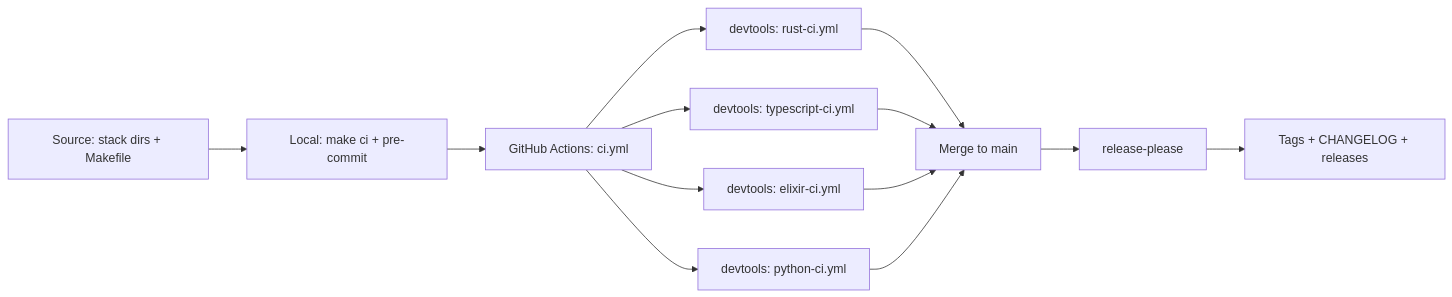
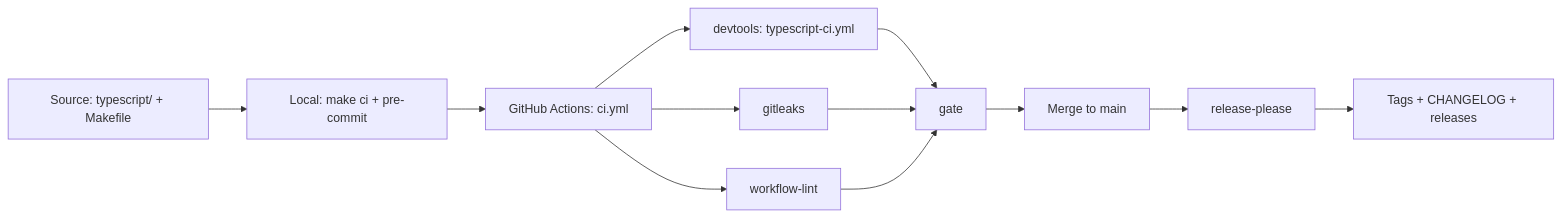
One commit to ostara-labs/bb-league changed the diagram in docs/architecture/ARCHITECTURE.md. Above: the diagram before and after it, drawn with Mermaid. The commit also changed other lines of this file and 3 other files, not shown here.

````diff
--- a/docs/architecture/ARCHITECTURE.md
+++ b/docs/architecture/ARCHITECTURE.md
@@ -29,15 +30,14 @@
 ```mermaid
 flowchart LR
-    A[Source: stack dirs + Makefile] --> B[Local: make ci + pre-commit]
+    A[Source: typescript/ + Makefile] --> B[Local: make ci + pre-commit]
     B --> C[GitHub Actions: ci.yml]
-    C --> D[devtools: rust-ci.yml]
-    C --> E[devtools: typescript-ci.yml]
-    C --> F[devtools: elixir-ci.yml]
-    C --> G[devtools: python-ci.yml]
-    D --> H[Merge to main]
-    E --> H
-    F --> H
-    G --> H
+    C --> D[devtools: typescript-ci.yml]
+    C --> E[gitleaks]
+    C --> F[workflow-lint]
+    D --> G[gate]
+    E --> G
+    F --> G
+    G --> H[Merge to main]
     H --> I[release-please]
     I --> J[Tags + CHANGELOG + releases]
 ```
````
